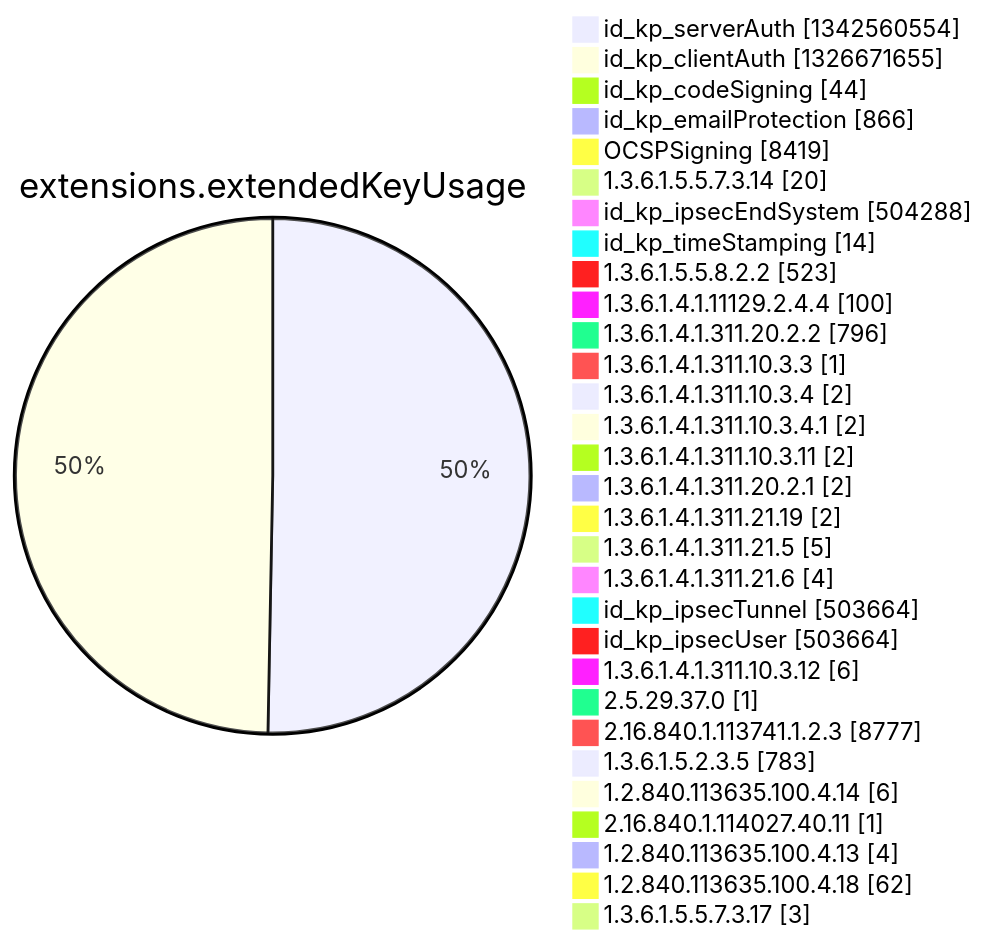
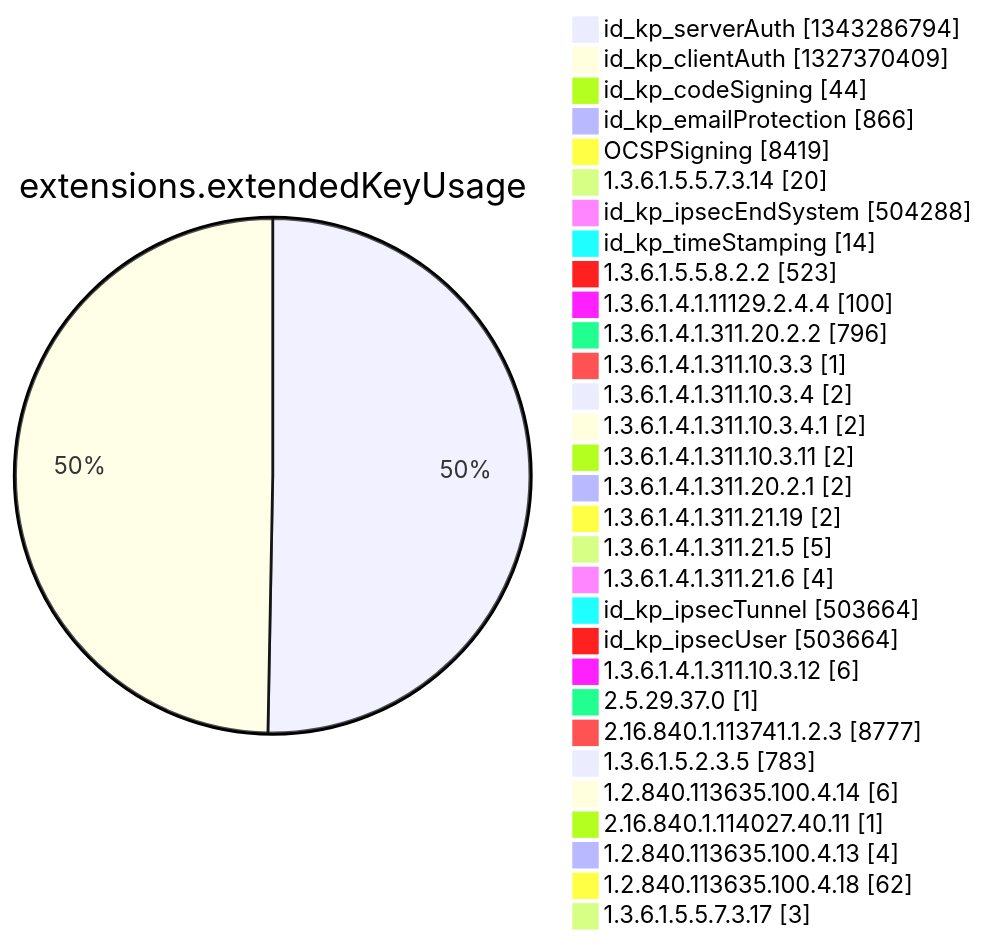
One commit to christiankrug/ctmonitor_visualization changed diagram 12 of 15 in argon2022/README.md. Above: the diagram before and after it, drawn with Mermaid. The commit also changed other lines of this file, not shown here.

````diff
--- a/argon2022/README.md
+++ b/argon2022/README.md
@@ -3553,34 +3553,34 @@
 ```mermaid
 pie showData
 title extensions.extendedKeyUsage
-"id_kp_serverAuth" :1342560554
-"id_kp_clientAuth" :1326671655
+"id_kp_serverAuth" :1343286794
+"id_kp_clientAuth" :1327370409
 "id_kp_codeSigning" :44
 "id_kp_emailProtection" :866
 "OCSPSigning" :8419
 "1.3.6.1.5.5.7.3.14" :20
 "id_kp_ipsecEndSystem" :504288
 "id_kp_timeStamping" :14
 "1.3.6.1.5.5.8.2.2" :523
 "1.3.6.1.4.1.11129.2.4.4" :100
 "1.3.6.1.4.1.311.20.2.2" :796
 "1.3.6.1.4.1.311.10.3.3" :1
 "1.3.6.1.4.1.311.10.3.4" :2
 "1.3.6.1.4.1.311.10.3.4.1" :2
 "1.3.6.1.4.1.311.10.3.11" :2
 "1.3.6.1.4.1.311.20.2.1" :2
 "1.3.6.1.4.1.311.21.19" :2
 "1.3.6.1.4.1.311.21.5" :5
 "1.3.6.1.4.1.311.21.6" :4
 "id_kp_ipsecTunnel" :503664
 "id_kp_ipsecUser" :503664
 "1.3.6.1.4.1.311.10.3.12" :6
 "2.5.29.37.0" :1
 "2.16.840.1.113741.1.2.3" :8777
 "1.3.6.1.5.2.3.5" :783
 "1.2.840.113635.100.4.14" :6
 "2.16.840.1.114027.40.11" :1
 "1.2.840.113635.100.4.13" :4
 "1.2.840.113635.100.4.18" :62
 "1.3.6.1.5.5.7.3.17" :3
 ```
````
